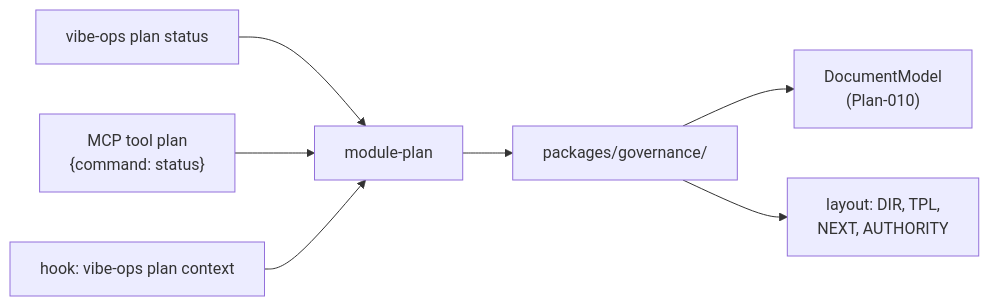
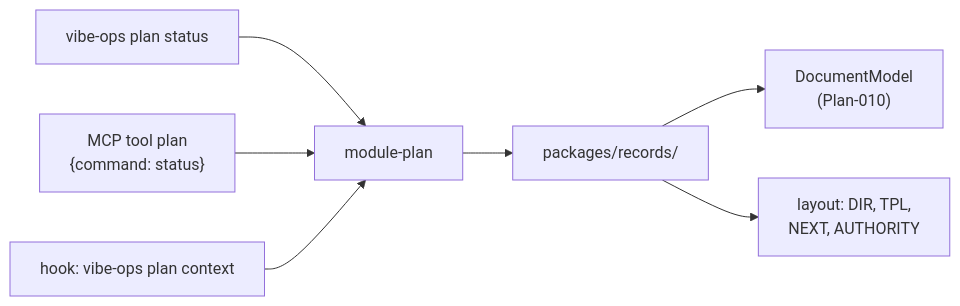
Before and after one commit to entelekheia-ai/vibe-ops: the diagram in project/plans/011-the-governance-lifecycle-becomes-three-cli-nouns.md, drawn with Mermaid. The commit also changed other lines of this file and 45 other files, not shown here.

````diff
--- a/project/plans/011-the-governance-lifecycle-becomes-three-cli-nouns.md
+++ b/project/plans/011-the-governance-lifecycle-becomes-three-cli-nouns.md
@@ -134,9 +137,9 @@
 ```mermaid
 flowchart LR
     A["vibe-ops plan status"] --> D
     B["MCP tool plan<br/>{command: status}"] --> D
     C["hook: vibe-ops plan context"] --> D
-    D["module-plan"] --> E["packages/governance/"]
+    D["module-plan"] --> E["packages/records/"]
     E --> F["DocumentModel<br/>(Plan-010)"]
     E --> G["layout: DIR, TPL,<br/>NEXT, AUTHORITY"]
 ```
````
